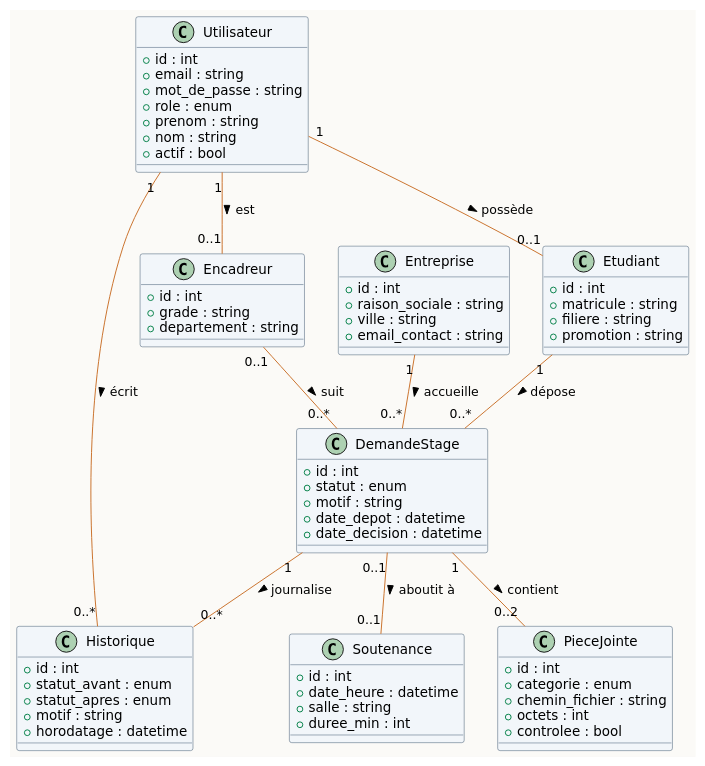
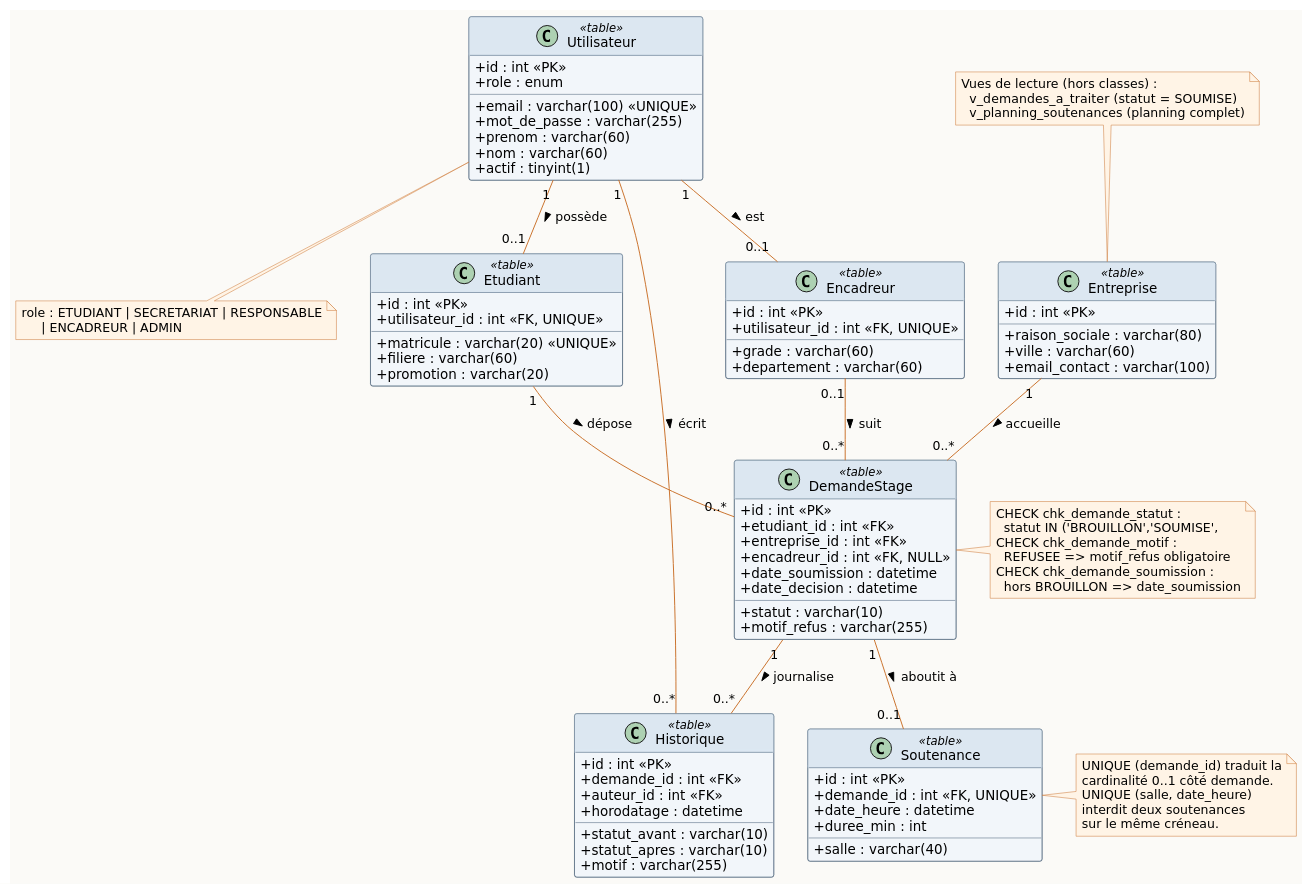
One commit to aspic36/tp-projet-info2 changed the diagram in tp3/classes.puml. Above: the diagram before and after it, drawn with PlantUML. The commit also changed 8 other files, not shown here.

First line of the commit message:
tp3: diagramme de cas d'utilisation reconstruit et modele aligne

```diff
--- a/tp3/classes.puml
+++ b/tp3/classes.puml
@@ -1,76 +1,119 @@
 @startuml
-' Modèle de classes — entités imposées par le cours, dessin et cardinalités revisités
+' Diagramme de classes — aligné sur tp3/001_schema.sql (7 tables, 2 vues)
+' Chaque classe correspond à une table ; les attributs portent le nom exact des colonnes.
 skinparam backgroundColor #FBFAF7
 skinparam shadowing false
 skinparam defaultFontName "DejaVu Sans"
 skinparam arrowColor #C96F28
+skinparam classAttributeIconSize 0
 skinparam class {
   BorderColor #38506B
   BackgroundColor #F2F6FA
+  HeaderBackgroundColor #DCE7F1
+}
+skinparam note {
+  BorderColor #C96F28
+  BackgroundColor #FFF4E6
 }
 top to bottom direction
 
-class Utilisateur {
-  +id : int
-  +email : string
-  +mot_de_passe : string
+class Utilisateur <<table>> {
+  +id : int <<PK>>
+  +email : varchar(100) <<UNIQUE>>
+  +mot_de_passe : varchar(255)
   +role : enum
-  +prenom : string
-  +nom : string
-  +actif : bool
+  +prenom : varchar(60)
+  +nom : varchar(60)
+  +actif : tinyint(1)
 }
-class Etudiant {
-  +id : int
-  +matricule : string
-  +filiere : string
-  +promotion : string
+
+class Etudiant <<table>> {
+  +id : int <<PK>>
+  +utilisateur_id : int <<FK, UNIQUE>>
+  +matricule : varchar(20) <<UNIQUE>>
+  +filiere : varchar(60)
+  +promotion : varchar(20)
 }
-class Encadreur {
-  +id : int
-  +grade : string
-  +departement : string
+
+class Encadreur <<table>> {
+  +id : int <<PK>>
+  +utilisateur_id : int <<FK, UNIQUE>>
+  +grade : varchar(60)
+  +departement : varchar(60)
 }
-class Entreprise {
-  +id : int
-  +raison_sociale : string
-  +ville : string
-  +email_contact : string
+
+class Entreprise <<table>> {
+  +id : int <<PK>>
+  +raison_sociale : varchar(80)
+  +ville : varchar(60)
+  +email_contact : varchar(100)
 }
-class DemandeStage {
-  +id : int
-  +statut : enum
-  +motif : string
-  +date_depot : datetime
+
+class DemandeStage <<table>> {
+  +id : int <<PK>>
+  +etudiant_id : int <<FK>>
+  +entreprise_id : int <<FK>>
+  +encadreur_id : int <<FK, NULL>>
+  +statut : varchar(10)
+  +motif_refus : varchar(255)
+  +date_soumission : datetime
   +date_decision : datetime
 }
-class PieceJointe {
-  +id : int
-  +categorie : enum
-  +chemin_fichier : string
-  +octets : int
-  +controlee : bool
-}
-class Historique {
-  +id : int
-  +statut_avant : enum
-  +statut_apres : enum
-  +motif : string
+
+class Historique <<table>> {
+  +id : int <<PK>>
+  +demande_id : int <<FK>>
+  +statut_avant : varchar(10)
+  +statut_apres : varchar(10)
+  +auteur_id : int <<FK>>
+  +motif : varchar(255)
   +horodatage : datetime
 }
-class Soutenance {
-  +id : int
+
+class Soutenance <<table>> {
+  +id : int <<PK>>
+  +demande_id : int <<FK, UNIQUE>>
   +date_heure : datetime
-  +salle : string
+  +salle : varchar(40)
   +duree_min : int
 }
 
 Utilisateur "1" -- "0..1" Etudiant : possède >
 Utilisateur "1" -- "0..1" Encadreur : est >
 Utilisateur "1" -- "0..*" Historique : écrit >
 Etudiant "1" -- "0..*" DemandeStage : dépose >
 Entreprise "1" -- "0..*" DemandeStage : accueille >
 Encadreur "0..1" -- "0..*" DemandeStage : suit >
-DemandeStage "1" -- "0..2" PieceJointe : contient >
 DemandeStage "1" -- "0..*" Historique : journalise >
-DemandeStage "0..1" -- "0..1" Soutenance : aboutit à >
+DemandeStage "1" -- "0..1" Soutenance : aboutit à >
+
+note right of DemandeStage
+  CHECK chk_demande_statut :
+    statut IN ('BROUILLON','SOUMISE',
+               'VALIDEE','REFUSEE')
+  CHECK chk_demande_motif :
+    REFUSEE => motif_refus obligatoire
+  CHECK chk_demande_soumission :
+    hors BROUILLON => date_soumission
+end note
+
+note right of Soutenance
+  UNIQUE (demande_id) traduit la
+  cardinalité 0..1 côté demande.
+  UNIQUE (salle, date_heure)
+  interdit deux soutenances
+  sur le même créneau.
+end note
+
+note bottom of Utilisateur
+  role : ETUDIANT | SECRETARIAT | RESPONSABLE
+       | ENCADREUR | ADMIN
+end note
+
+note top of Entreprise
+  Vues de lecture (hors classes) :
+    v_demandes_a_traiter  (statut = SOUMISE)
+    v_planning_soutenances (planning complet)
+end note
+
 @enduml
```
